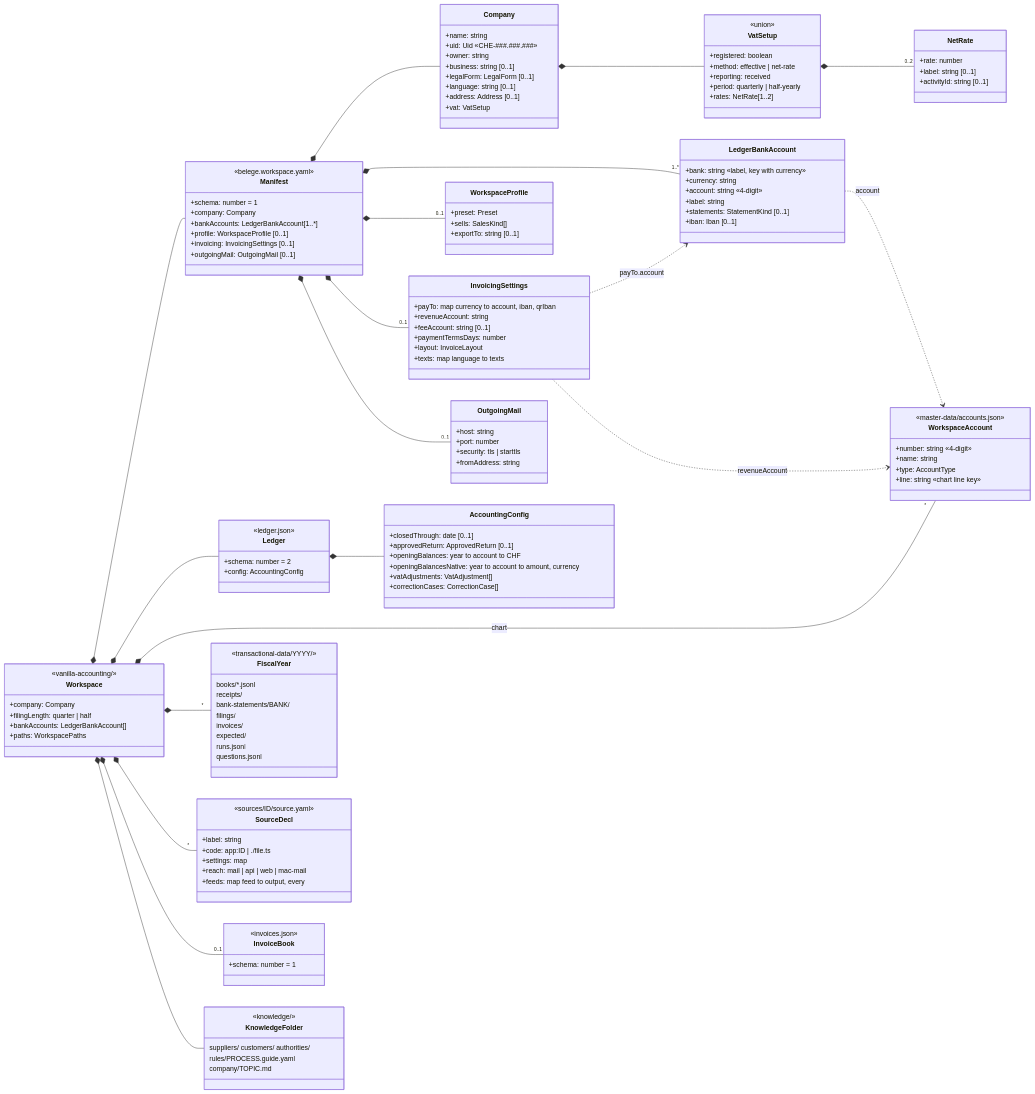
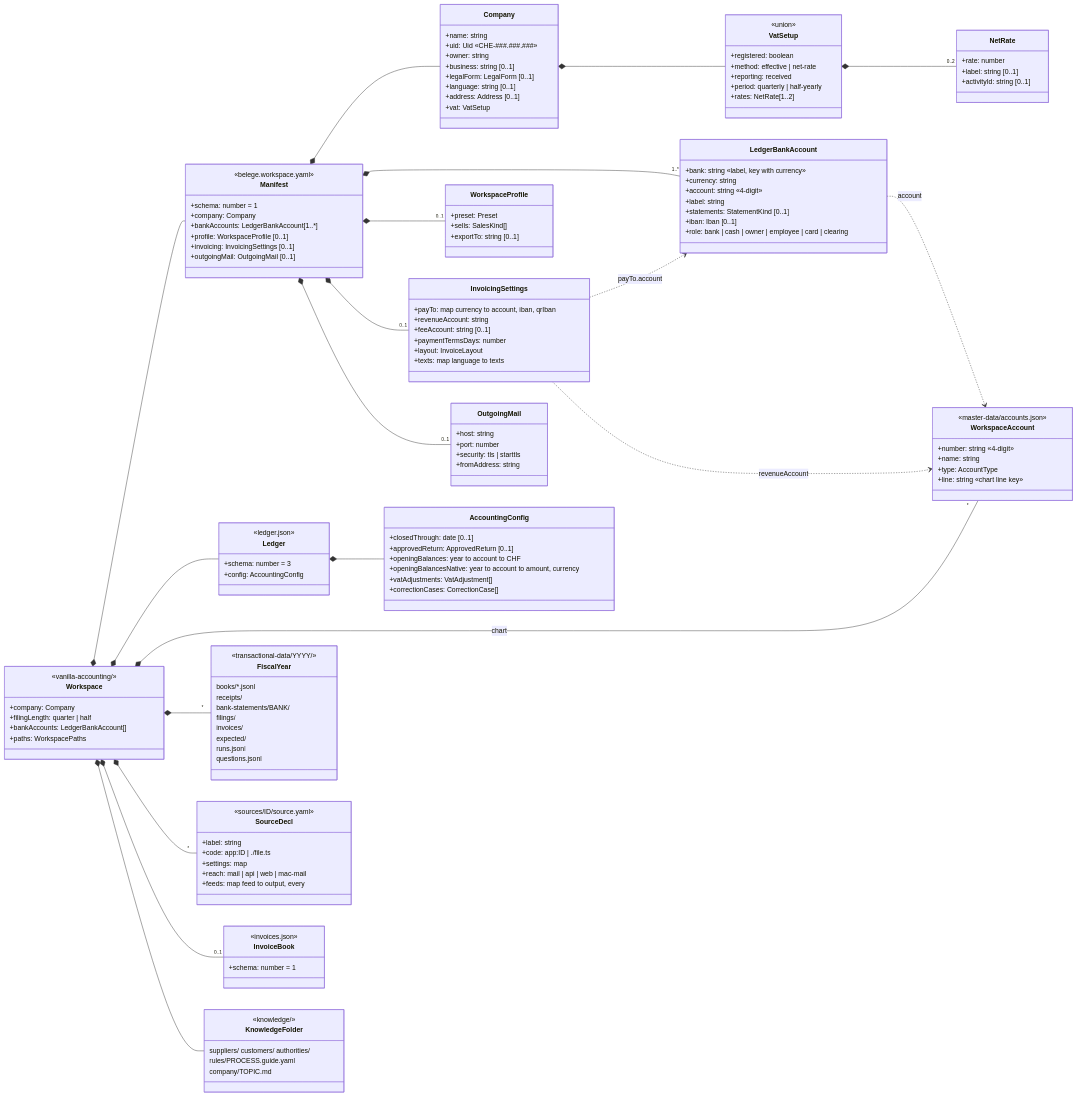
The first of 6 diagrams in docs/data-model.md (VanillaSystems/vanilla-accounting), drawn with Mermaid before and after one commit. The commit also changed other lines of this file, not shown here.

Commit message:
docs/data-model.md: fold the money accounts of #88 into diagrams 1 and 2 (manifest schema 2 with role, books schema 3 with statement) and drop the pending section

```diff
--- a/docs/data-model.md
+++ b/docs/data-model.md
@@ -95,6 +94,7 @@
     +label: string
     +statements: StatementKind [0..1]
     +iban: Iban [0..1]
+    +role: bank | cash | owner | employee | card | clearing
   }
   class WorkspaceProfile {
     +preset: Preset
@@ -117,7 +117,7 @@
   }
   class Ledger {
     <<ledger.json>>
-    +schema: number = 2
+    +schema: number = 3
     +config: AccountingConfig
   }
   class AccountingConfig {
```
